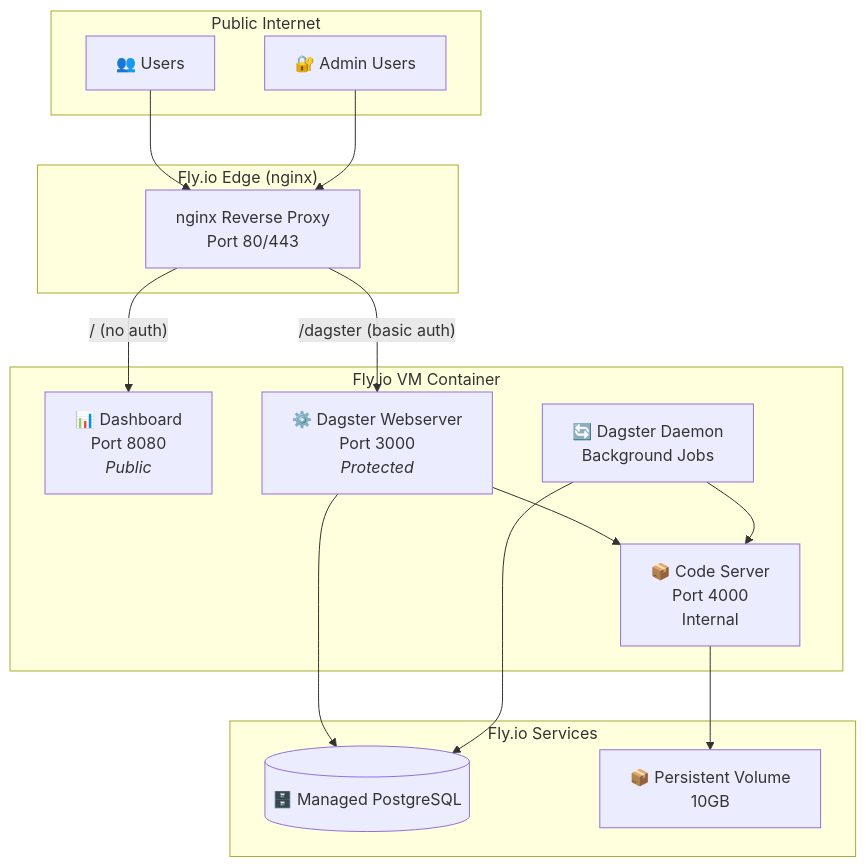
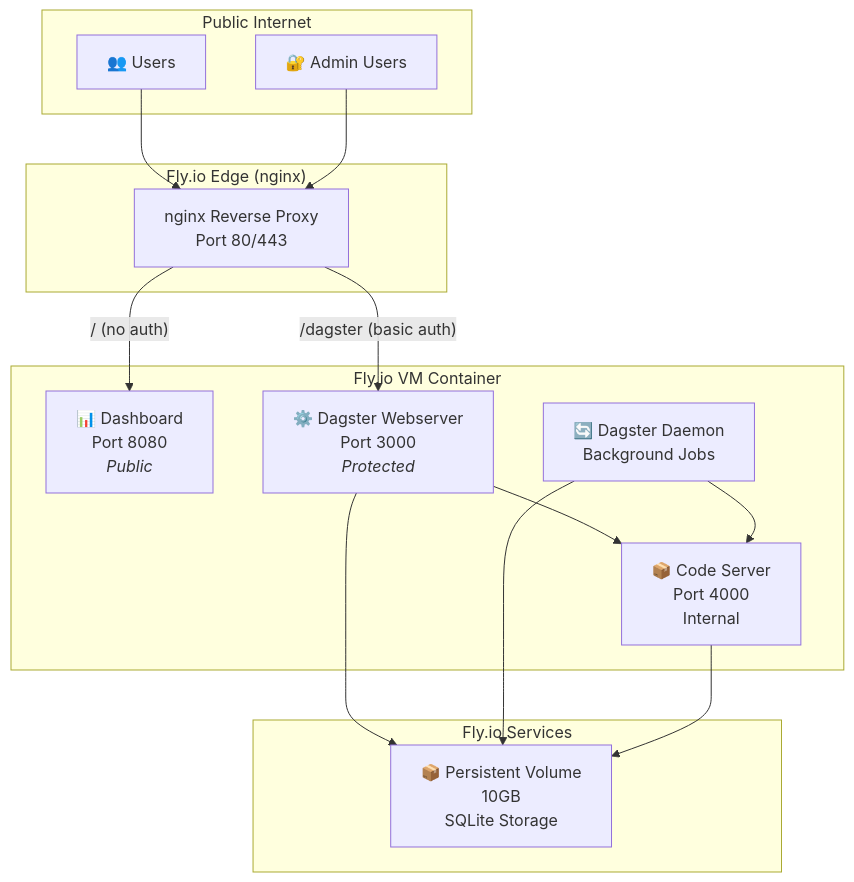
The diagram in docs/docs/deployment/fly.md (andrewm4894/anomstack), drawn with Mermaid before and after one commit. The commit also changed other lines of this file and 1 other file, not shown here.

````diff
--- a/docs/docs/deployment/fly.md
+++ b/docs/docs/deployment/fly.md
@@ -32,33 +32,32 @@
 ```mermaid
 graph TB
     subgraph "Public Internet"
         USERS[👥 Users]
         ADMIN[🔐 Admin Users]
     end
 
     subgraph "Fly.io Edge (nginx)"
         PROXY[nginx Reverse Proxy<br/>Port 80/443]
     end
 
     subgraph "Fly.io VM Container"
         DASH[📊 Dashboard<br/>Port 8080<br/><i>Public</i>]
         WEB[⚙️ Dagster Webserver<br/>Port 3000<br/><i>Protected</i>]
         DAEMON[🔄 Dagster Daemon<br/>Background Jobs]
         CODE[📦 Code Server<br/>Port 4000<br/>Internal]
     end
 
     subgraph "Fly.io Services"
-        PG[(🗄️ Managed PostgreSQL)]
-        VOL[📦 Persistent Volume<br/>10GB]
+        VOL[📦 Persistent Volume<br/>10GB<br/>SQLite Storage]
     end
 
     USERS --> PROXY
     ADMIN --> PROXY
     PROXY -->|"/ (no auth)"| DASH
     PROXY -->|"/dagster (basic auth)"| WEB
     WEB --> CODE
     DAEMON --> CODE
-    WEB --> PG
-    DAEMON --> PG
+    WEB --> VOL
+    DAEMON --> VOL
     CODE --> VOL
 ```
````
